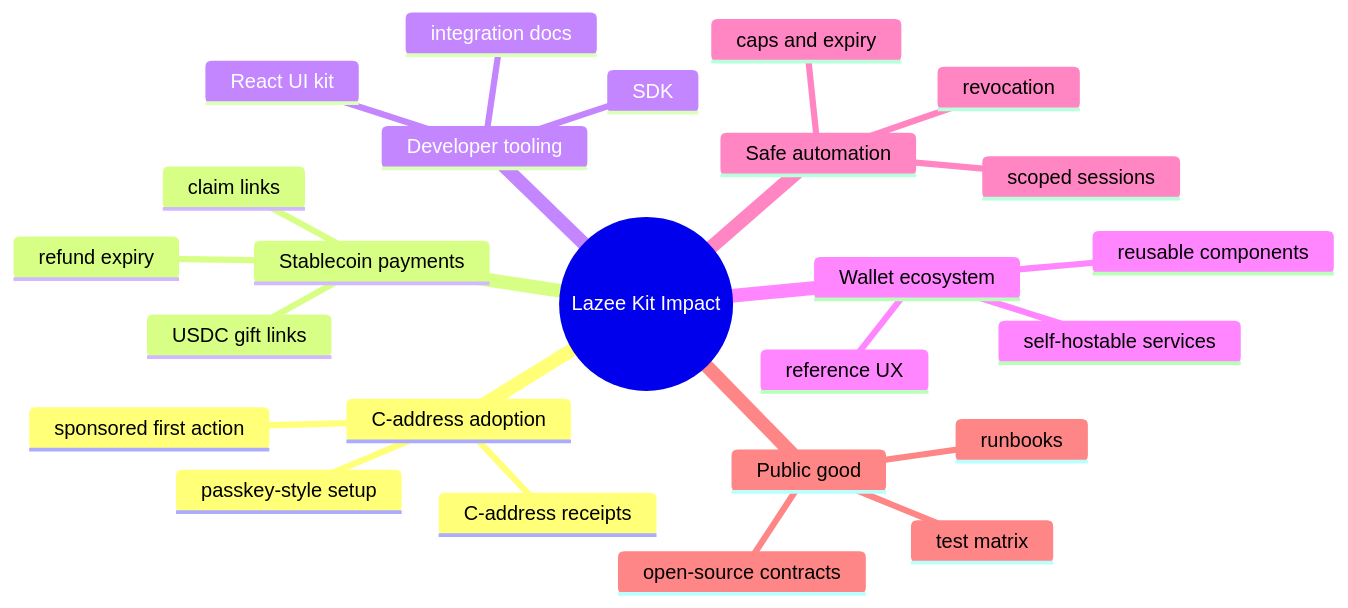
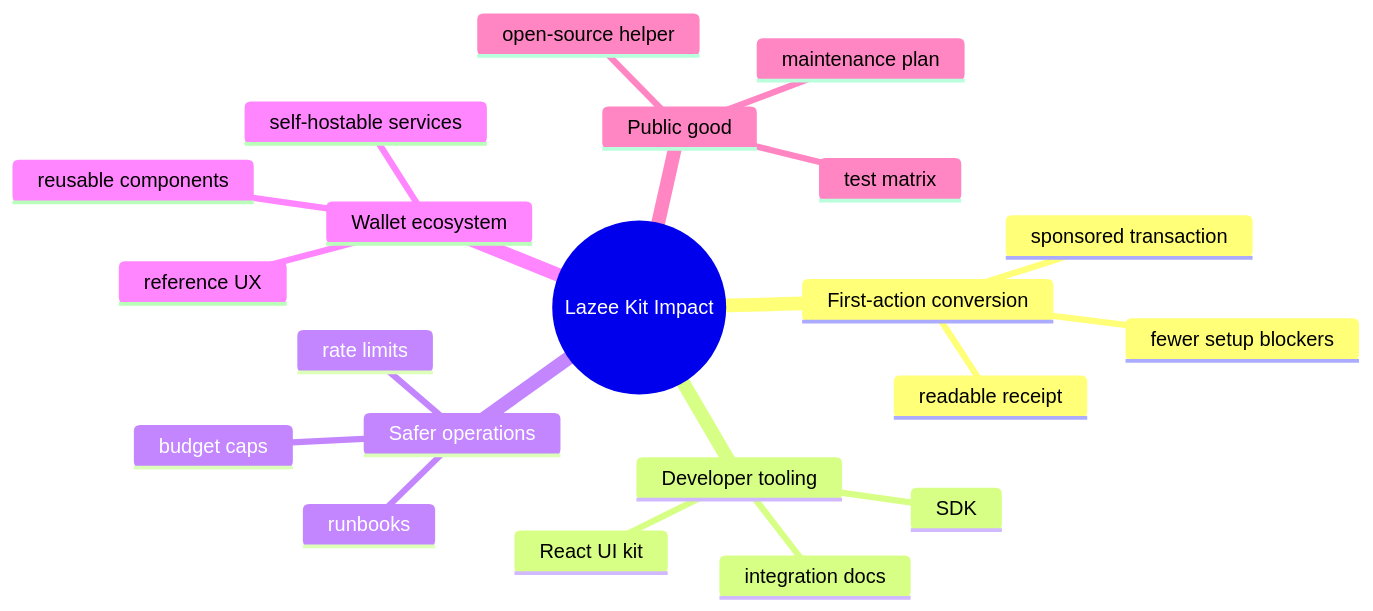
The diagram in diagrams/ecosystem-impact-map.mmd (hien-p/lazee-kit), drawn with Mermaid before and after one commit. The commit also changed 45 other files, not shown here.

```diff
--- a/diagrams/ecosystem-impact-map.mmd
+++ b/diagrams/ecosystem-impact-map.mmd
@@ -1,26 +1,22 @@
 mindmap
   root((Lazee Kit Impact))
-    C-address adoption
-      passkey-style setup
-      sponsored first action
-      C-address receipts
-    Stablecoin payments
-      USDC gift links
-      claim links
-      refund expiry
+    First-action conversion
+      sponsored transaction
+      readable receipt
+      fewer setup blockers
     Developer tooling
       SDK
       React UI kit
       integration docs
+    Safer operations
+      budget caps
+      rate limits
+      runbooks
     Wallet ecosystem
       reference UX
       reusable components
       self-hostable services
-    Safe automation
-      scoped sessions
-      caps and expiry
-      revocation
     Public good
-      open-source contracts
+      open-source helper
       test matrix
-      runbooks
+      maintenance plan
```
